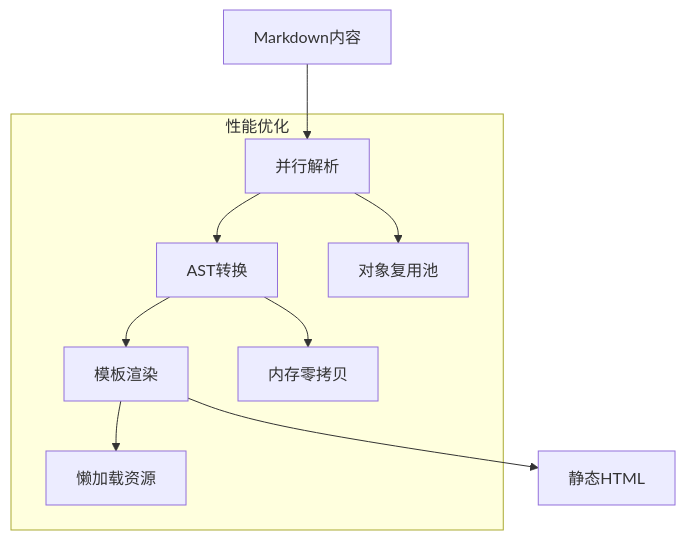
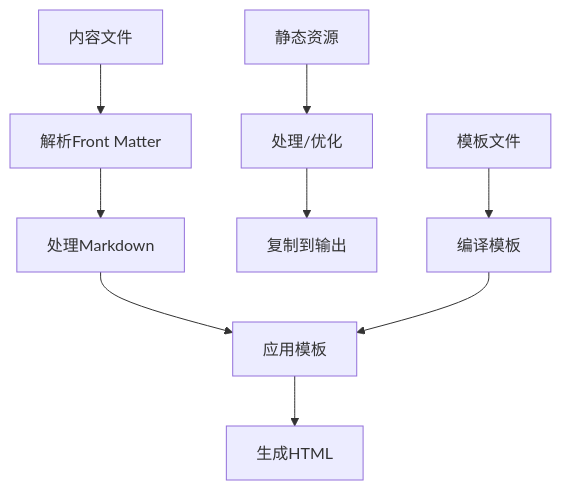
The diagram in content/posts/hugo.md (sjzsdu/tong-notes), drawn with Mermaid before and after one commit. The commit also changed other lines of this file and 9 other files, not shown here.

````diff
--- a/content/posts/hugo.md
+++ b/content/posts/hugo.md
@@ -33,13 +124,13 @@
 ```mermaid
 graph TD
-    A[Markdown内容] --> B[并行解析]
-    B --> C[AST转换]
-    C --> D[模板渲染]
-    D --> E[静态HTML]
+    A[内容文件] --> B[解析Front Matter]
+    B --> C[处理Markdown]
+    C --> D[应用模板]
+    D --> E[生成HTML]
     
-    subgraph 性能优化
-        B --> F[对象复用池]
-        C --> G[内存零拷贝]
-        D --> H[懒加载资源]
-    end
+    F[静态资源] --> G[处理/优化]
+    G --> H[复制到输出]
+    
+    I[模板文件] --> J[编译模板]
+    J --> D
 ```
````
